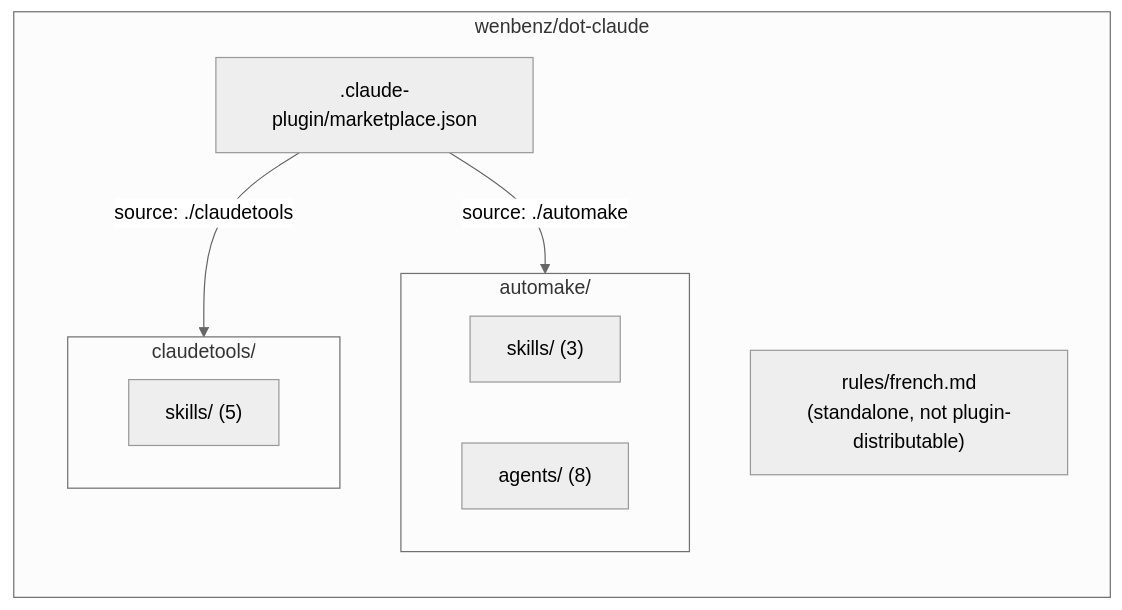
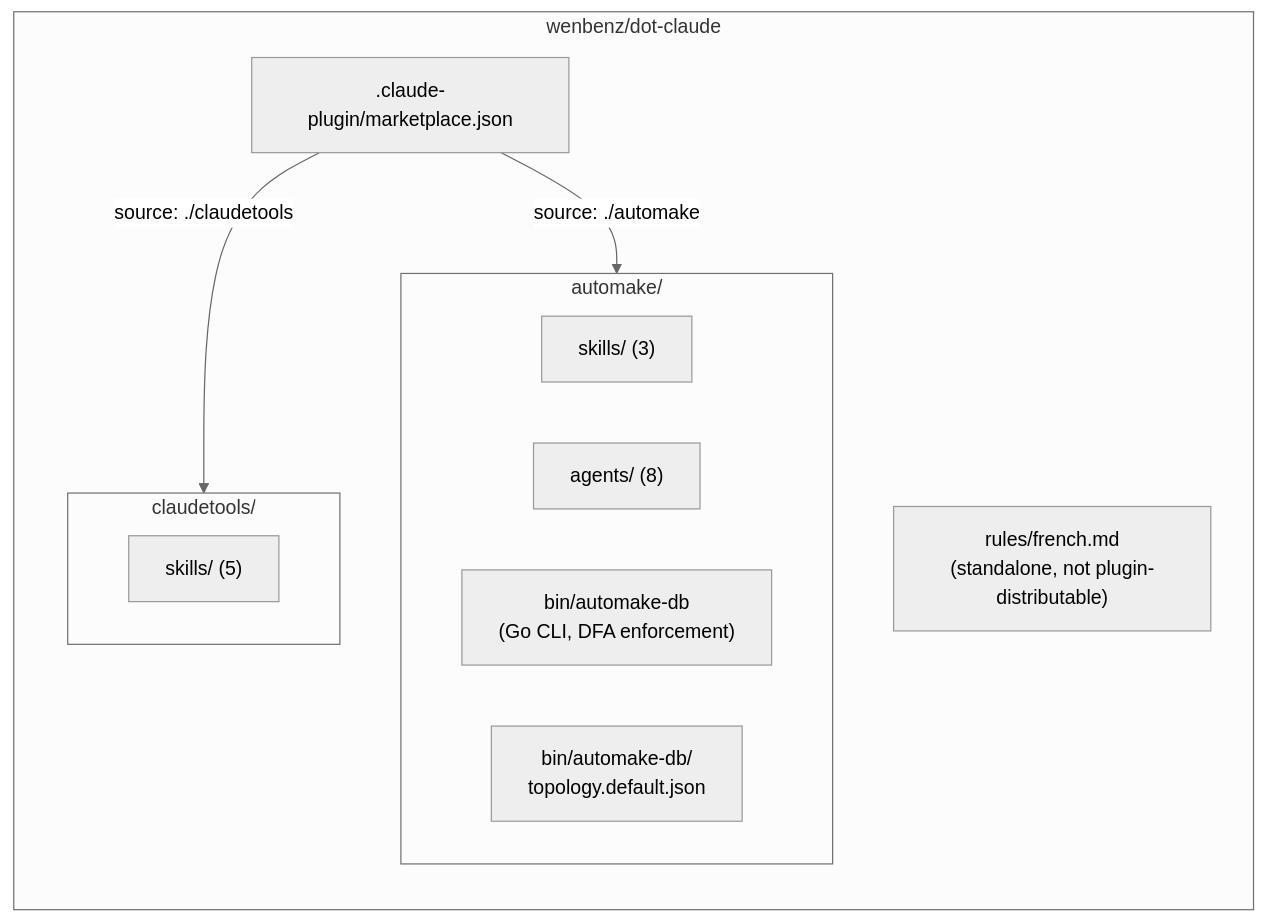
The diagram in docs/CODEBASE.md (wenbenz/dot-claude), drawn with Mermaid (neutral theme) before and after one commit. The commit also changed other lines of this file and 15 other files, not shown here.

First line of the commit message:
Add SQLite-backed DFA state tracking to the automake pipeline (#23)

````diff
--- a/docs/CODEBASE.md
+++ b/docs/CODEBASE.md
@@ -11,16 +11,18 @@
 ```mermaid
 flowchart LR
     subgraph repo["wenbenz/dot-claude"]
         mkt[".claude-plugin/marketplace.json"]
         subgraph automake["automake/"]
             am_skills["skills/ (3)"]
             am_agents["agents/ (8)"]
+            am_bin["bin/automake-db<br/>(Go CLI, DFA enforcement)"]
+            am_config["bin/automake-db/<br/>topology.default.json"]
         end
         subgraph claudetools["claudetools/"]
             ct_skills["skills/ (5)"]
         end
         rules["rules/french.md<br/>(standalone, not plugin-distributable)"]
     end
     mkt -->|source: ./automake| automake
     mkt -->|source: ./claudetools| claudetools
 ```
````
